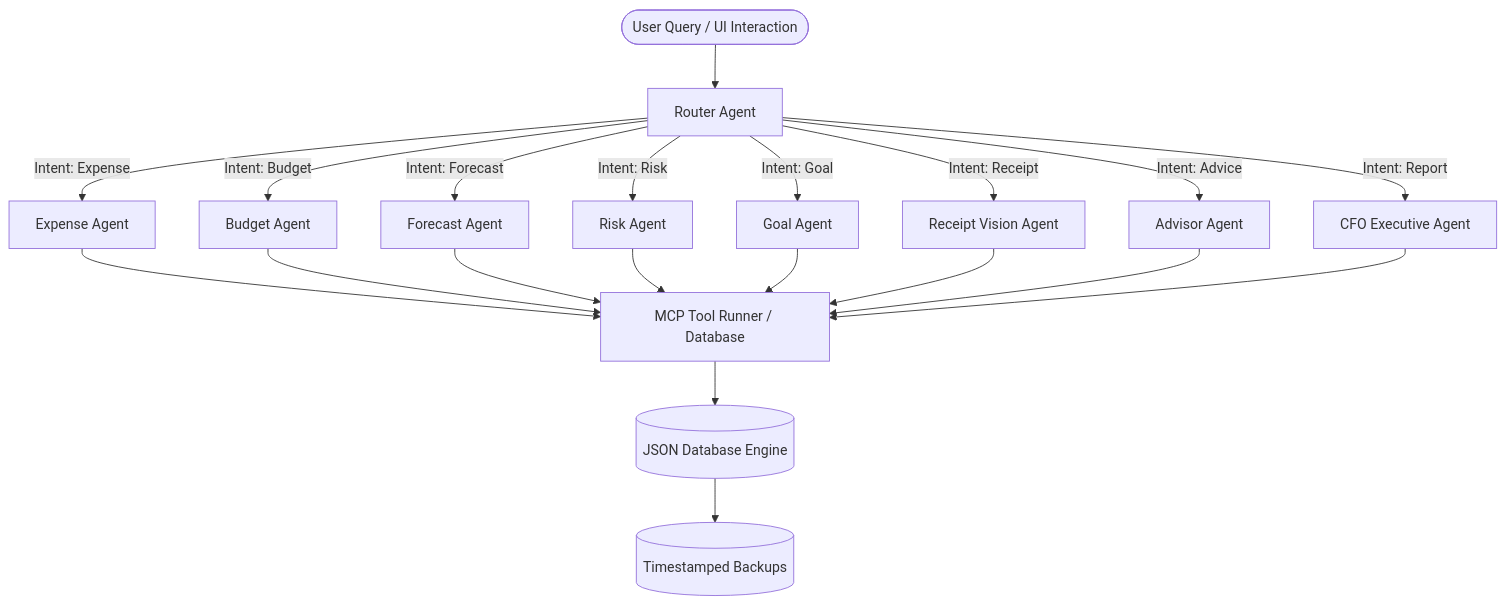
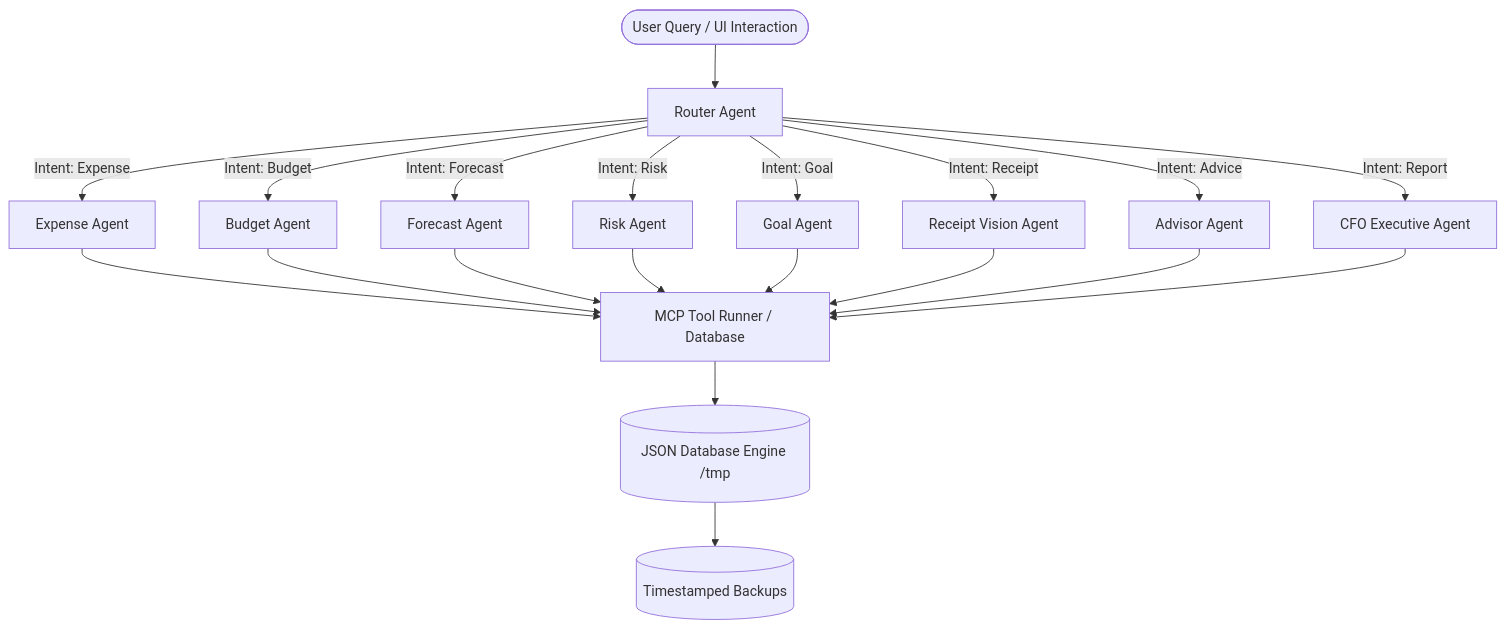
Before and after one commit to mohin-2007/PocketSense-AI: the diagram in README.md, drawn with Mermaid. The commit also changed other lines of this file, not shown here.

````diff
--- a/README.md
+++ b/README.md
@@ -43,25 +56,25 @@
 ```mermaid
 graph TD
     User([User Query / UI Interaction]) --> Router[Router Agent]
     
     Router -->|Intent: Expense| ExpenseAgent[Expense Agent]
     Router -->|Intent: Budget| BudgetAgent[Budget Agent]
     Router -->|Intent: Forecast| ForecastAgent[Forecast Agent]
     Router -->|Intent: Risk| RiskAgent[Risk Agent]
     Router -->|Intent: Goal| GoalAgent[Goal Agent]
     Router -->|Intent: Receipt| ReceiptAgent[Receipt Vision Agent]
     Router -->|Intent: Advice| AdvisorAgent[Advisor Agent]
     Router -->|Intent: Report| CFOAgent[CFO Executive Agent]
     
     ExpenseAgent --> MCP[MCP Tool Runner / Database]
     BudgetAgent --> MCP
     ForecastAgent --> MCP
     RiskAgent --> MCP
     GoalAgent --> MCP
     ReceiptAgent --> MCP
     AdvisorAgent --> MCP
     CFOAgent --> MCP
     
-    MCP --> JSON_DB[(JSON Database Engine)]
+    MCP --> JSON_DB[(JSON Database Engine /tmp)]
     JSON_DB --> Backups[(Timestamped Backups)]
 ```
````
